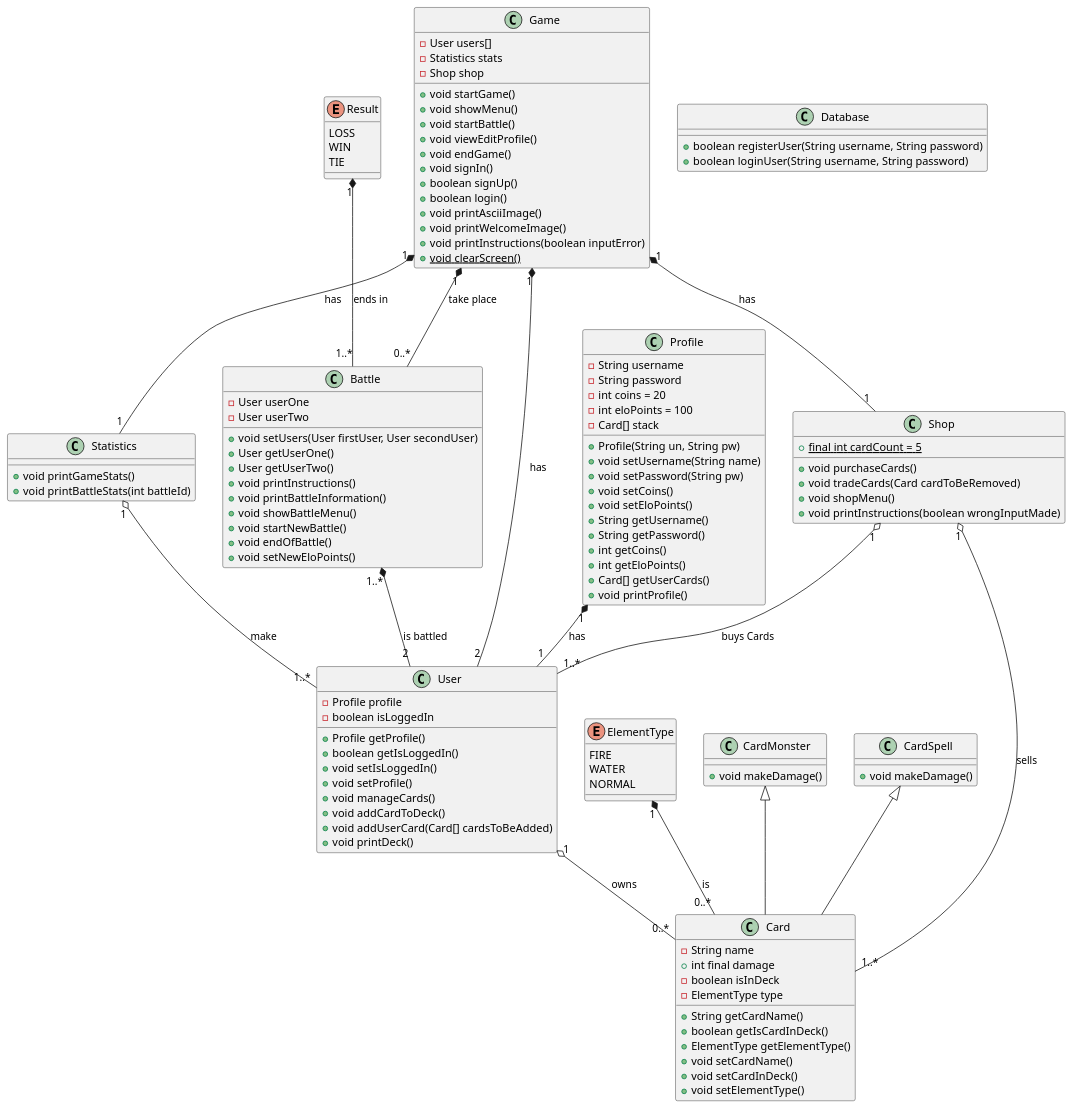
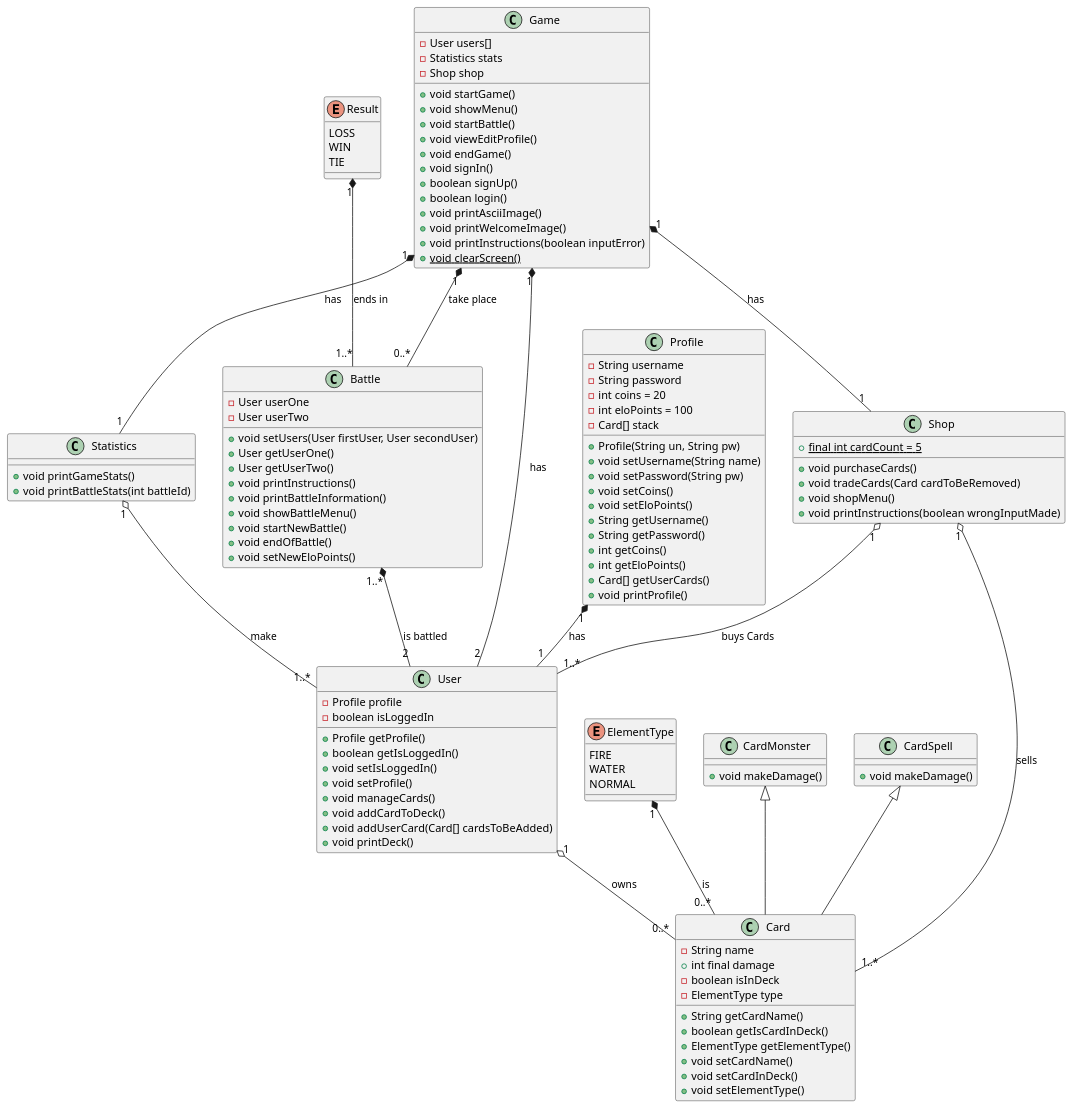
The diagram in src/main/java/projekt.puml (VladanPetkovic/SE_Semesterprojekt), drawn with PlantUML before and after one commit. The commit also changed 43 other files, not shown here.

```diff
--- a/src/main/java/projekt.puml
+++ b/src/main/java/projekt.puml
@@ -1,132 +1,127 @@
 @startuml
 class User
 {
     -Profile profile
     -boolean isLoggedIn
     +Profile getProfile()
     +boolean getIsLoggedIn()
     +void setIsLoggedIn()
     +void setProfile()
     +void manageCards()
     +void addCardToDeck()
     +void addUserCard(Card[] cardsToBeAdded)
     +void printDeck()
 }
 class Profile
 {
     -String username
     -String password
     -int coins = 20
     -int eloPoints = 100
     -Card[] stack
     +Profile(String un, String pw)
     +void setUsername(String name)
     +void setPassword(String pw)
     +void setCoins()
     +void setEloPoints()
     +String getUsername()
     +String getPassword()
     +int getCoins()
     +int getEloPoints()
     +Card[] getUserCards()
     +void printProfile()
 }
 enum Result
 {
     LOSS
     WIN
     TIE
 }
 enum ElementType
 {
     FIRE
     WATER
     NORMAL
 }
 class Card
 {
     -String name
     +int final damage
     -boolean isInDeck
     -ElementType type
     +String getCardName()
     +boolean getIsCardInDeck()
     +ElementType getElementType()
     +void setCardName()
     +void setCardInDeck()
     +void setElementType()
 }
 class CardMonster
 {
     +void makeDamage()
 }
 class CardSpell
 {
     +void makeDamage()
 }
 class Battle
 {
     -User userOne
     -User userTwo
     +void setUsers(User firstUser, User secondUser)
     +User getUserOne()
     +User getUserTwo()
     +void printInstructions()
     +void printBattleInformation()
     +void showBattleMenu()
     +void startNewBattle()
     +void endOfBattle()
     +void setNewEloPoints()
 }
 class Shop
 {
     +{static} final int cardCount = 5
     +void purchaseCards()
     +void tradeCards(Card cardToBeRemoved)
     +void shopMenu()
     +void printInstructions(boolean wrongInputMade)
 }
 class Game
 {
     -User users[]
     -Statistics stats
     -Shop shop
     +void startGame()
     +void showMenu()
     +void startBattle()
     +void viewEditProfile()
     +void endGame()
     +void signIn()
     +boolean signUp()
     +boolean login()
     +void printAsciiImage()
     +void printWelcomeImage()
     +void printInstructions(boolean inputError)
     +{static} void clearScreen()
 }
 class Statistics
 {
     +void printGameStats()
     +void printBattleStats(int battleId)
 }
-class Database
-{
-    +boolean registerUser(String username, String password)
-    +boolean loginUser(String username, String password)
-}
 
 CardMonster <|-- Card
 CardSpell <|-- Card
 User "1" o-- "0..*" Card : "owns"
 Game "1" *-- "0..*" Battle : "take place"
 Game "1" *-- "1" Statistics : "has"
 Game "1" *-- "2" User : "has"
 Battle "1..*" *-- "2" User : "is battled"
 Result "1" *-- "1..*" Battle : "ends in"
 Statistics "1" o-- "1..*" User : "make"
 Profile "1" *-- "1" User : "has"
 Shop "1" o-- "1..*" User : "buys Cards"
 Shop "1" o-- "1..*" Card : "sells"
 Game "1" *-- "1" Shop : "has"
 ElementType "1" *-- "0..*" Card : "is"
 @enduml
```
